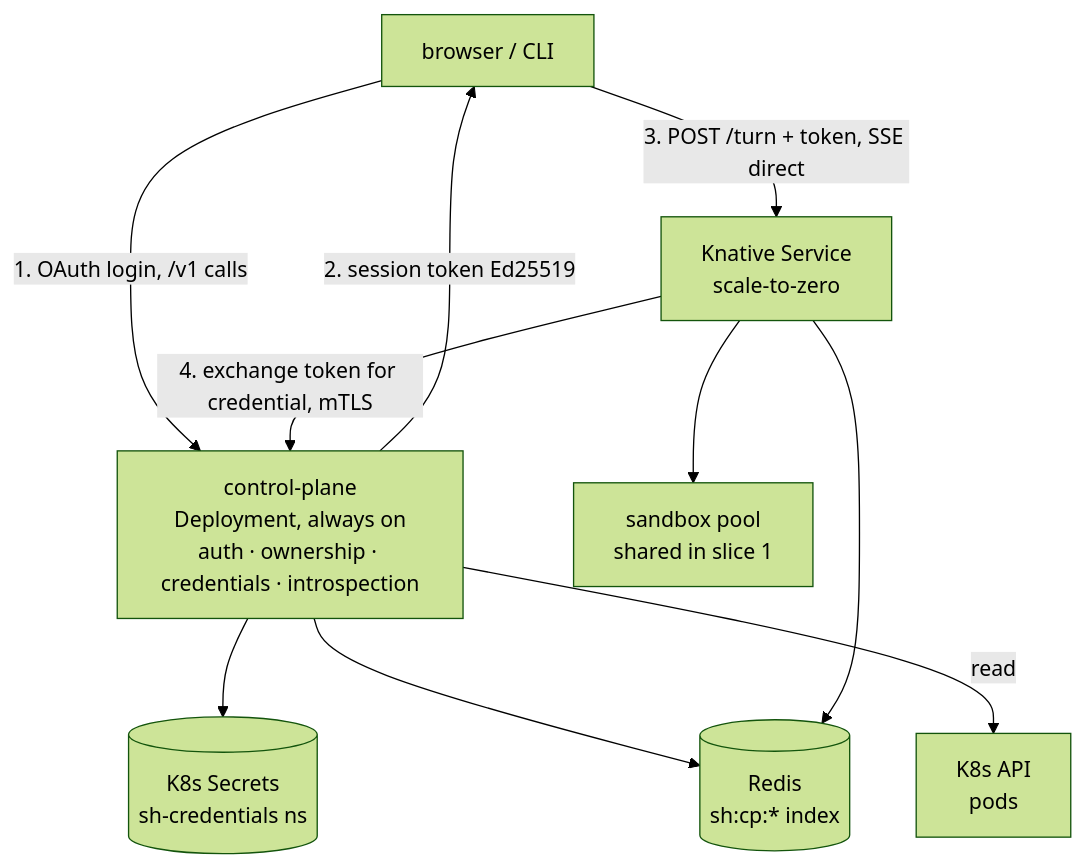
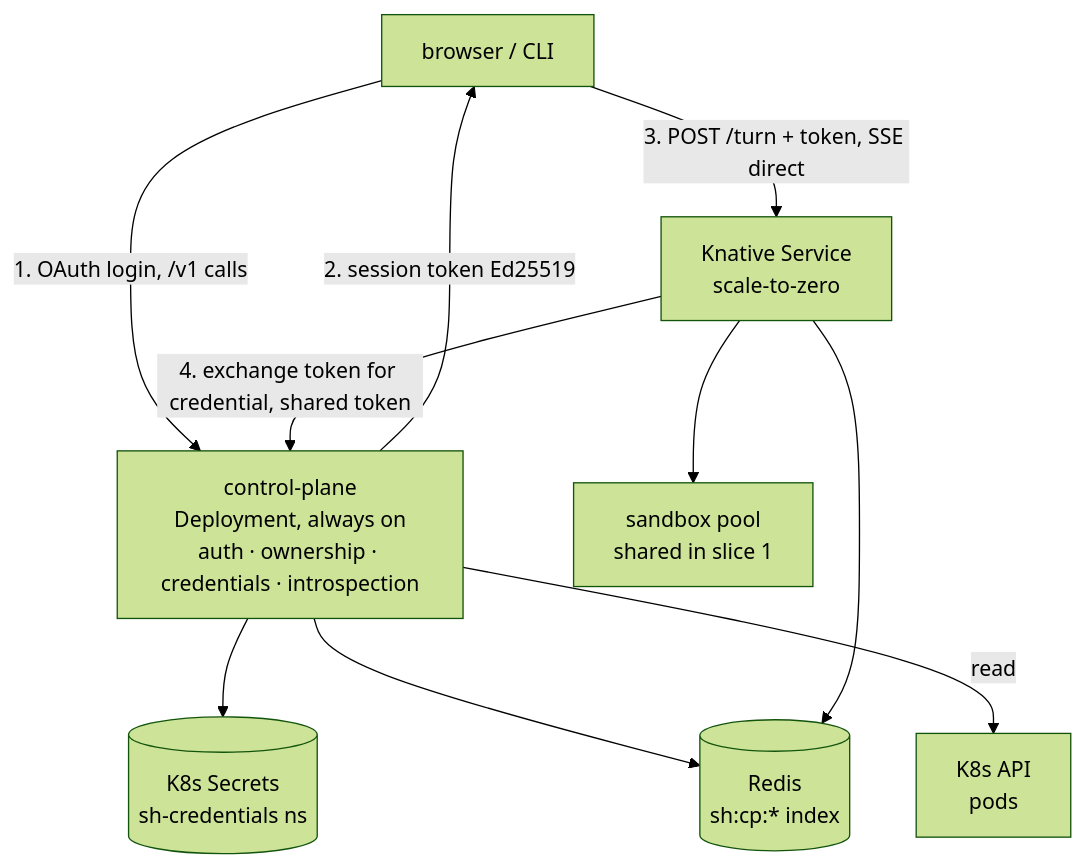
One commit to pdettori/serverless-harness changed the diagram in docs/specs/2026-09-08-multi-user-control-plane-design.md. Above: the diagram before and after it, drawn with Mermaid (forest theme). The commit also changed other lines of this file and 1 other file, not shown here.

````diff
--- a/docs/specs/2026-09-08-multi-user-control-plane-design.md
+++ b/docs/specs/2026-09-08-multi-user-control-plane-design.md
@@ -145,13 +146,13 @@
 ```mermaid
 flowchart TB
     U[browser / CLI] -->|1. OAuth login, /v1 calls| CP
     CP[control-plane<br/>Deployment, always on<br/>auth · ownership · credentials · introspection]
     CP -->|2. session token Ed25519| U
     U -->|3. POST /turn + token, SSE direct| K[Knative Service<br/>scale-to-zero]
-    K -->|4. exchange token for credential, mTLS| CP
+    K -->|4. exchange token for credential, shared token| CP
     CP --> S[(K8s Secrets<br/>sh-credentials ns)]
     CP --> R[(Redis<br/>sh:cp:* index)]
     CP -->|read| A[K8s API<br/>pods]
     K --> R
     K --> SB[sandbox pool<br/>shared in slice 1]
 ```
````
